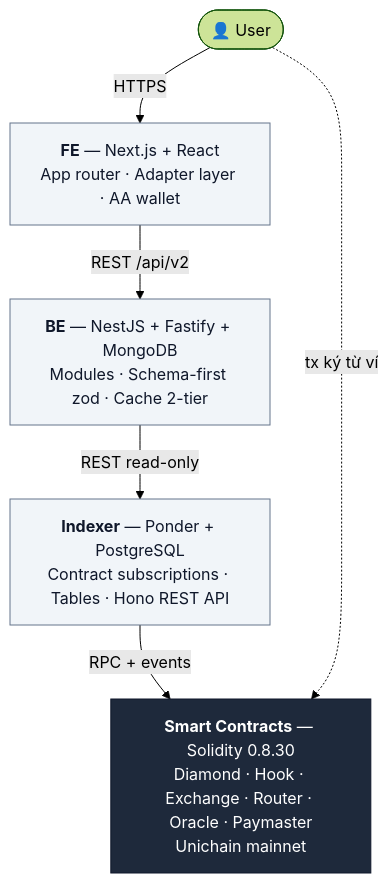
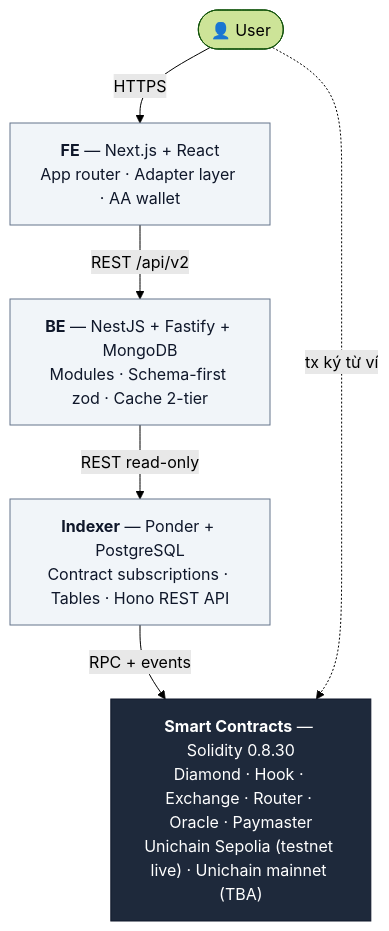
Before and after one commit to PrediX-Protocol/predix-docs: the diagram in vi_v6/giao-thuc/README.md, drawn with Mermaid (forest theme). The commit also changed 7 other files, not shown here.

First line of the commit message:
docs(vi_v6): apply testnet-live + mainnet-TBA pattern to developers + links

````diff
--- a/vi_v6/giao-thuc/README.md
+++ b/vi_v6/giao-thuc/README.md
@@ -7,19 +7,19 @@
 ```mermaid
 flowchart TB
     User([👤 User])
     FE["<b>FE</b> — Next.js + React<br/>App router · Adapter layer · AA wallet"]
     BE["<b>BE</b> — NestJS + Fastify + MongoDB<br/>Modules · Schema-first zod · Cache 2-tier"]
     IDX["<b>Indexer</b> — Ponder + PostgreSQL<br/>Contract subscriptions · Tables · Hono REST API"]
-    SC["<b>Smart Contracts</b> — Solidity 0.8.30<br/>Diamond · Hook · Exchange · Router · Oracle · Paymaster<br/>Unichain mainnet"]
+    SC["<b>Smart Contracts</b> — Solidity 0.8.30<br/>Diamond · Hook · Exchange · Router · Oracle · Paymaster<br/>Unichain Sepolia (testnet live) · Unichain mainnet (TBA)"]
 
     User -->|HTTPS| FE
     FE -->|REST /api/v2| BE
     BE -->|REST read-only| IDX
     IDX -->|RPC + events| SC
     User -.->|tx ký từ ví| SC
 
     classDef ground fill:#1e293b,stroke:#0f172a,color:#fff
     classDef layer fill:#f1f5f9,stroke:#64748b,color:#0f172a
     class SC ground
     class FE,BE,IDX layer
 ```
````
